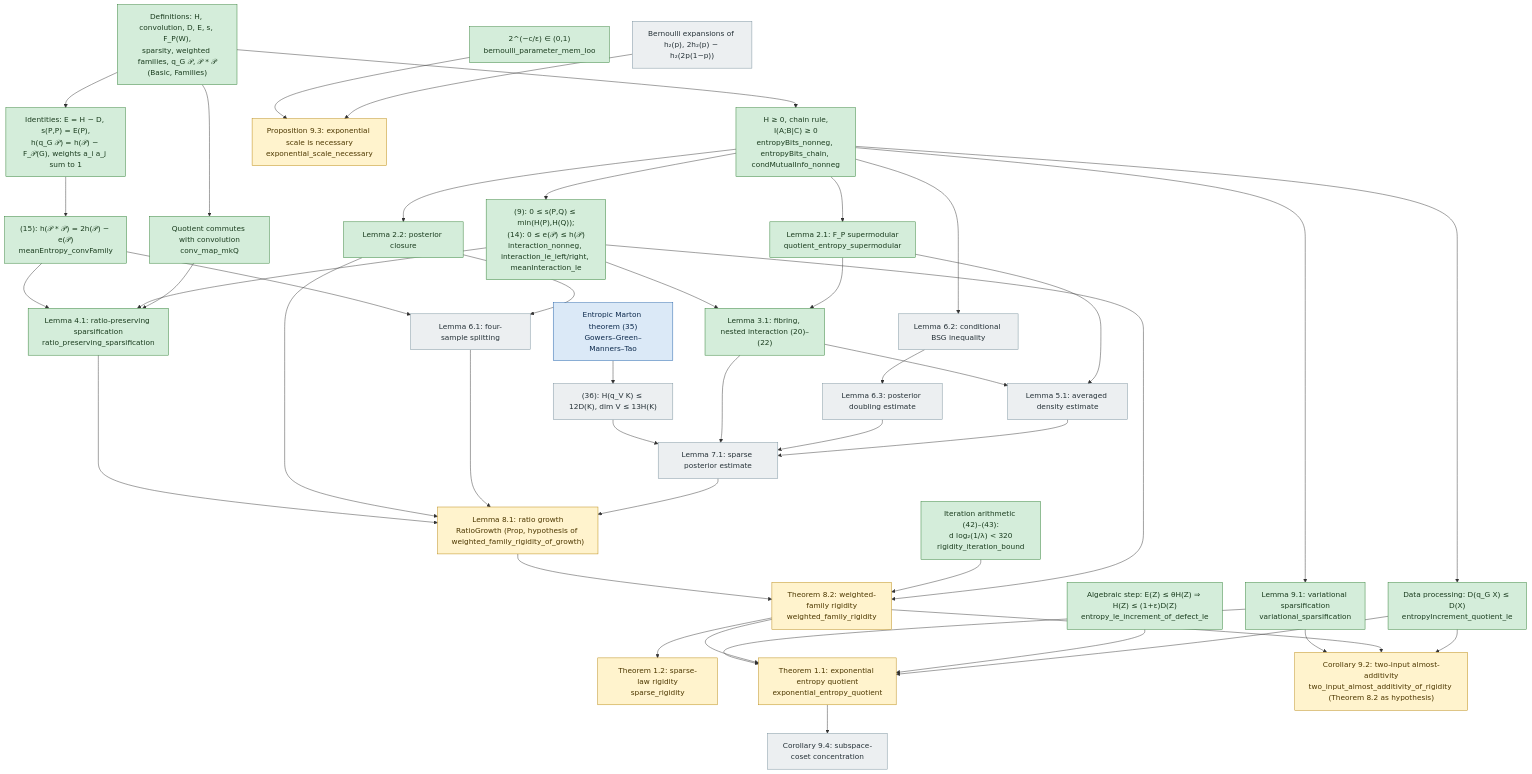
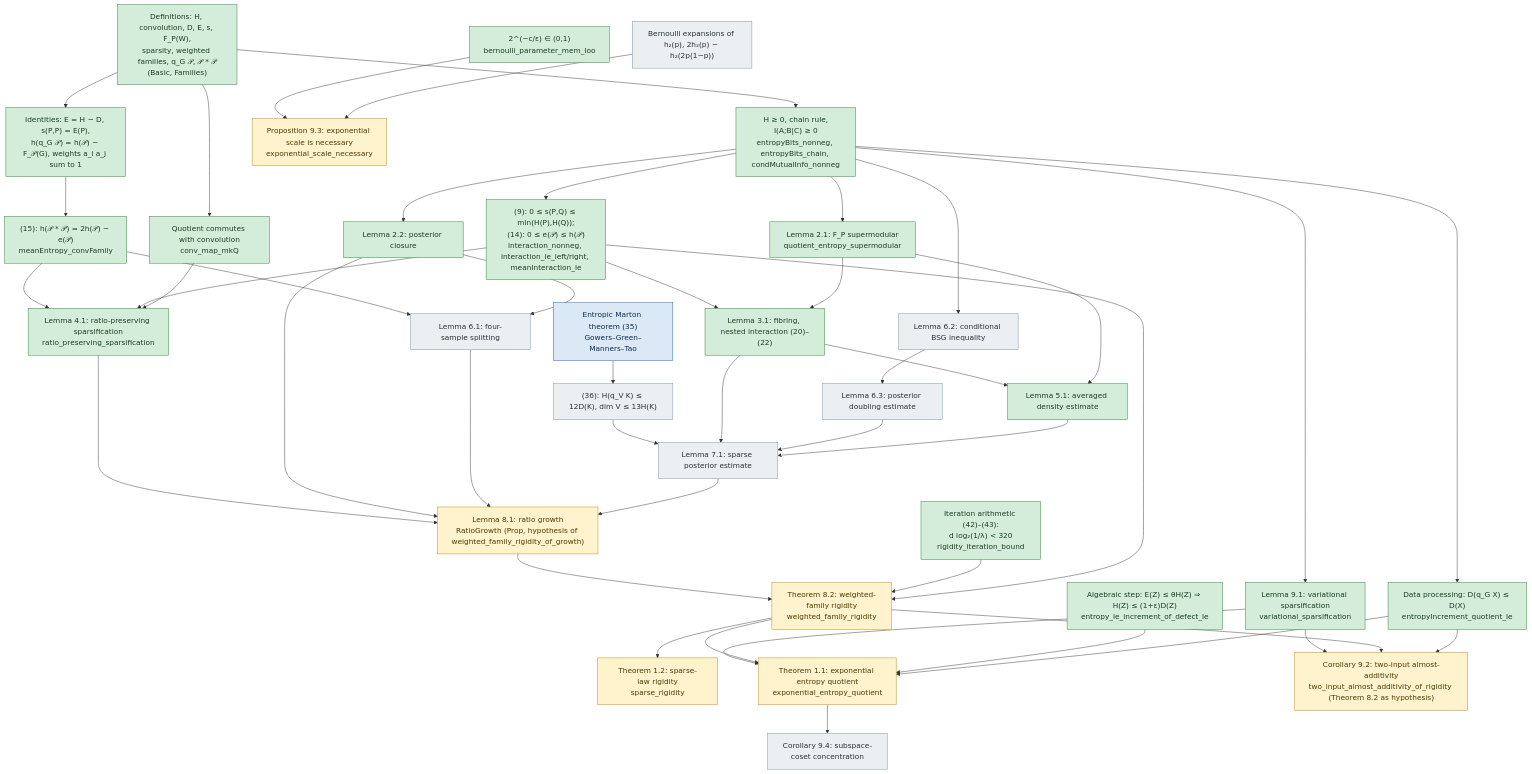
Before and after one commit to JosiahPark/entropy-quotients-lean: the diagram in docs/DEPENDENCIES.md, drawn with Mermaid.

Commit message:
formalize: D5c mark L51 (Lemma 5.1) proved in dependency chart (CI green at 066a13a)

```diff
--- a/docs/DEPENDENCIES.md
+++ b/docs/DEPENDENCIES.md
@@ -36,7 +36,7 @@
   %% Sections 3-7
   L31["Lemma 3.1: fibring, nested interaction (20)–(22)"]:::proved
   L41["Lemma 4.1: ratio-preserving sparsification<br/>ratio_preserving_sparsification"]:::proved
-  L51["Lemma 5.1: averaged density estimate"]:::missing
+  L51["Lemma 5.1: averaged density estimate"]:::proved
   L61["Lemma 6.1: four-sample splitting"]:::missing
   L62["Lemma 6.2: conditional BSG inequality"]:::missing
   L63["Lemma 6.3: posterior doubling estimate"]:::missing
```
